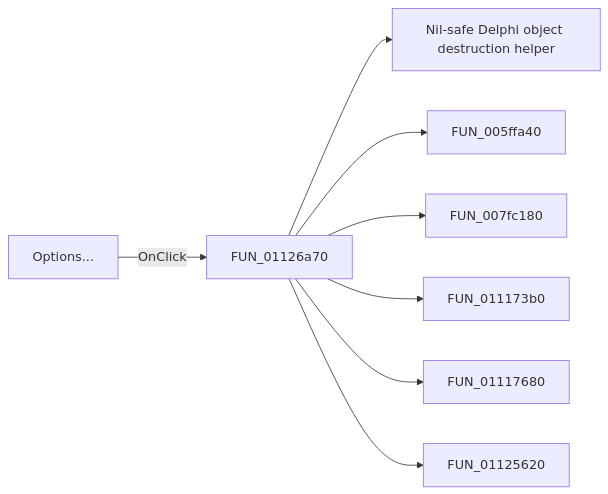
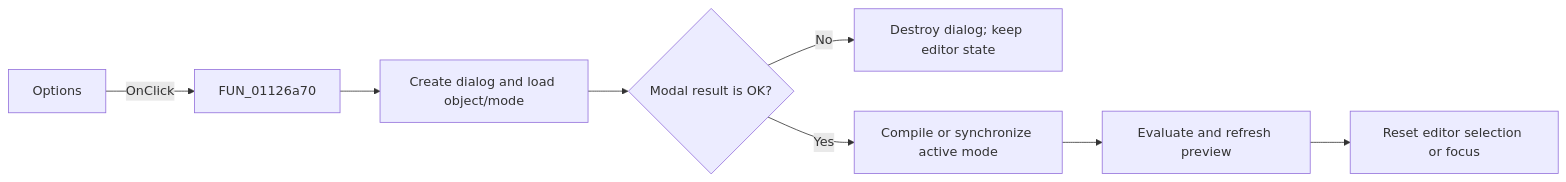
The diagram in docs/ui-controls/signaleditordlg/btnoptions-7cc3d64eb3.md (MovGP0/TIARA), drawn with Mermaid before and after one commit. The commit also changed other lines of this file and 1062 other files, not shown here.

````diff
--- a/docs/ui-controls/signaleditordlg/btnoptions-7cc3d64eb3.md
+++ b/docs/ui-controls/signaleditordlg/btnoptions-7cc3d64eb3.md
@@ -27,10 +32,10 @@
 ```mermaid
 flowchart LR
-    control["Options..."] -->|OnClick| handler["FUN_01126a70"]
-    handler --> call1["Nil-safe Delphi object destruction helper"]
-    handler --> call2["FUN_005ffa40"]
-    handler --> call3["FUN_007fc180"]
-    handler --> call4["FUN_011173b0"]
-    handler --> call5["FUN_01117680"]
-    handler --> call6["FUN_01125620"]
+    control["Options"] -->|"OnClick"| handler["FUN_01126a70"]
+    handler --> setup["Create dialog and load object/mode"]
+    setup --> accepted{"Modal result is OK?"}
+    accepted -->|"No"| dispose["Destroy dialog; keep editor state"]
+    accepted -->|"Yes"| prepare["Compile or synchronize active mode"]
+    prepare --> test["Evaluate and refresh preview"]
+    test --> focus["Reset editor selection or focus"]
 ```
````
